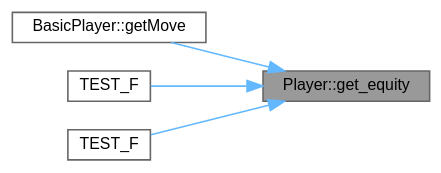
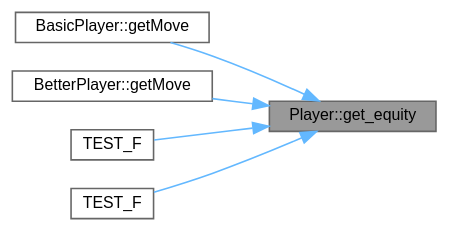
The diagram in class_player_ac40b5f5383aa1b6146a39c74f08254ad_icgraph.dot (jesstyrrell/cosc345), drawn with Graphviz before and after one commit. The commit also changed 174 other files, not shown here.

```diff
--- a/class_player_ac40b5f5383aa1b6146a39c74f08254ad_icgraph.dot
+++ b/class_player_ac40b5f5383aa1b6146a39c74f08254ad_icgraph.dot
@@ -1,16 +1,18 @@
 digraph "Player::get_equity"
 {
  // INTERACTIVE_SVG=YES
  // LATEX_PDF_SIZE
   bgcolor="transparent";
   edge [fontname=Helvetica,fontsize=10,labelfontname=Helvetica,labelfontsize=10];
   node [fontname=Helvetica,fontsize=10,shape=box,height=0.2,width=0.4];
   rankdir="RL";
   Node1 [id="Node000001",label="Player::get_equity",height=0.2,width=0.4,color="gray40", fillcolor="grey60", style="filled", fontcolor="black",tooltip="Returns the equity of the players hand for the current stage of the game."];
   Node1 -> Node2 [id="edge1_Node000001_Node000002",dir="back",color="steelblue1",style="solid",tooltip=" "];
-  Node2 [id="Node000002",label="BasicPlayer::getMove",height=0.2,width=0.4,color="grey40", fillcolor="white", style="filled",URL="$class_basic_player.html#ab77fd6eb15d997d705eb1f750b3ebd52",tooltip="Gets the player's move during their turn."];
+  Node2 [id="Node000002",label="BasicPlayer::getMove",height=0.2,width=0.4,color="grey40", fillcolor="white", style="filled",URL="$class_basic_player.html#a9c6ca42bec1e9936d98e9c210f6f08c4",tooltip="Gets the player's move during their turn."];
   Node1 -> Node3 [id="edge2_Node000001_Node000003",dir="back",color="steelblue1",style="solid",tooltip=" "];
-  Node3 [id="Node000003",label="TEST_F",height=0.2,width=0.4,color="grey40", fillcolor="white", style="filled",URL="$test___player_8cc.html#a58e6b1b83a0b3890240da45b9cfca22b",tooltip=" "];
+  Node3 [id="Node000003",label="BetterPlayer::getMove",height=0.2,width=0.4,color="grey40", fillcolor="white", style="filled",URL="$class_better_player.html#ac228cde696e45779a7270a4d0ca6a297",tooltip="Gets the player's move during their turn."];
   Node1 -> Node4 [id="edge3_Node000001_Node000004",dir="back",color="steelblue1",style="solid",tooltip=" "];
-  Node4 [id="Node000004",label="TEST_F",height=0.2,width=0.4,color="grey40", fillcolor="white", style="filled",URL="$test___player_8cc.html#ab159003d62d4815baca60d6e6394374e",tooltip=" "];
+  Node4 [id="Node000004",label="TEST_F",height=0.2,width=0.4,color="grey40", fillcolor="white", style="filled",URL="$test___player_8cc.html#a58e6b1b83a0b3890240da45b9cfca22b",tooltip=" "];
+  Node1 -> Node5 [id="edge4_Node000001_Node000005",dir="back",color="steelblue1",style="solid",tooltip=" "];
+  Node5 [id="Node000005",label="TEST_F",height=0.2,width=0.4,color="grey40", fillcolor="white", style="filled",URL="$test___player_8cc.html#ab159003d62d4815baca60d6e6394374e",tooltip=" "];
 }
```
